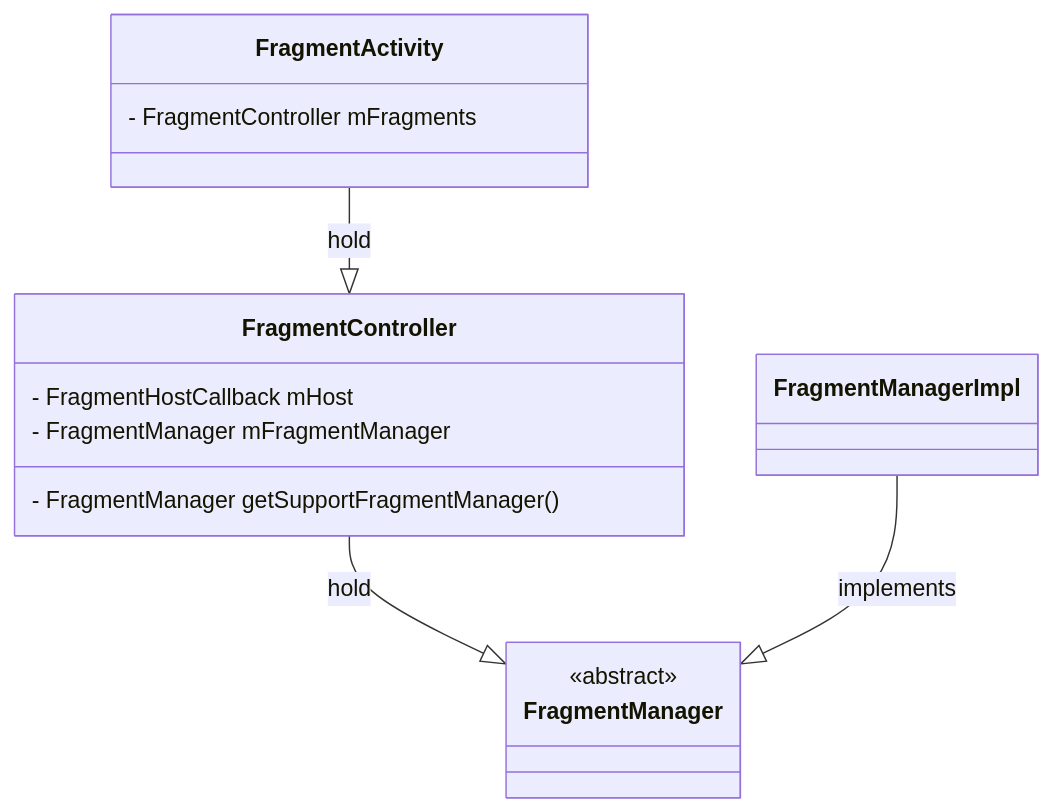
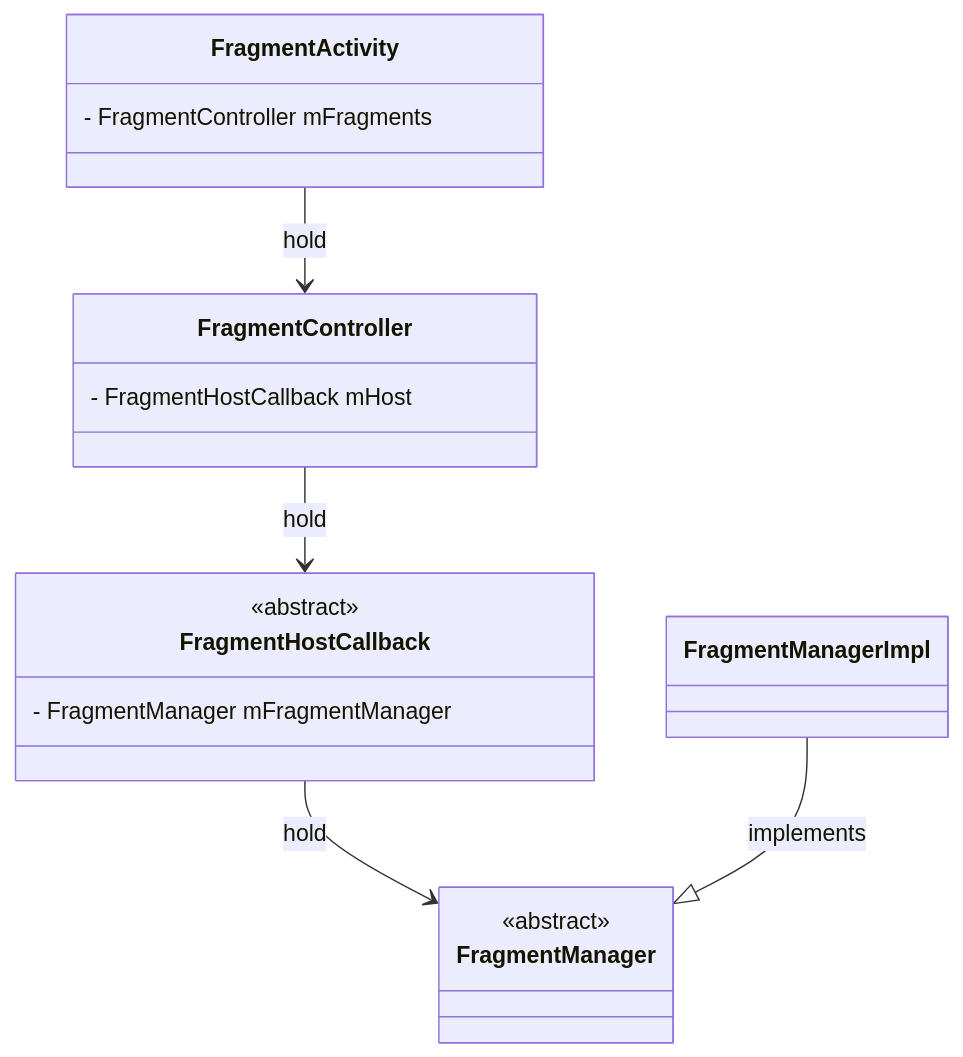
One commit to swithun-liu/swithun-liu.github.io changed the third of 8 diagrams in source/_posts/Android/Fragment原理.md. Above: the diagram before and after it, drawn with Mermaid. The commit also changed other lines of this file and 17 other files, not shown here.

````diff
--- a/source/_posts/Android/Fragment原理.md
+++ b/source/_posts/Android/Fragment原理.md
@@ -15,22 +116,23 @@
-```mermaid
-classDiagram
+    ```mermaid
+    classDiagram
 
-class FragmentActivity {
-    - FragmentController mFragments
-}
-class FragmentController {
-    - FragmentHostCallback<?> mHost
-    - FragmentManager mFragmentManager
-    - FragmentManager getSupportFragmentManager()
-}
-class FragmentManager {
-    <<abstract>>
-}
-class FragmentManagerImpl
+    class FragmentActivity {
+        - FragmentController mFragments
+    }
+    class FragmentController {
+        - FragmentHostCallback<?> mHost
+    }
+    class FragmentManager {
+        <<abstract>>
+    }
+    class FragmentManagerImpl
+    class FragmentHostCallback {
+        <<abstract>>
+        - FragmentManager mFragmentManager
+    }
 
-FragmentActivity --|> FragmentController: hold
-FragmentController --|> FragmentManager: hold
-FragmentManagerImpl --|> FragmentManager: implements
-
-
-```
+    FragmentActivity --> FragmentController: hold
+    FragmentController --> FragmentHostCallback: hold
+    FragmentHostCallback --> FragmentManager: hold
+    FragmentManagerImpl --|> FragmentManager: implements
+    ```
````
